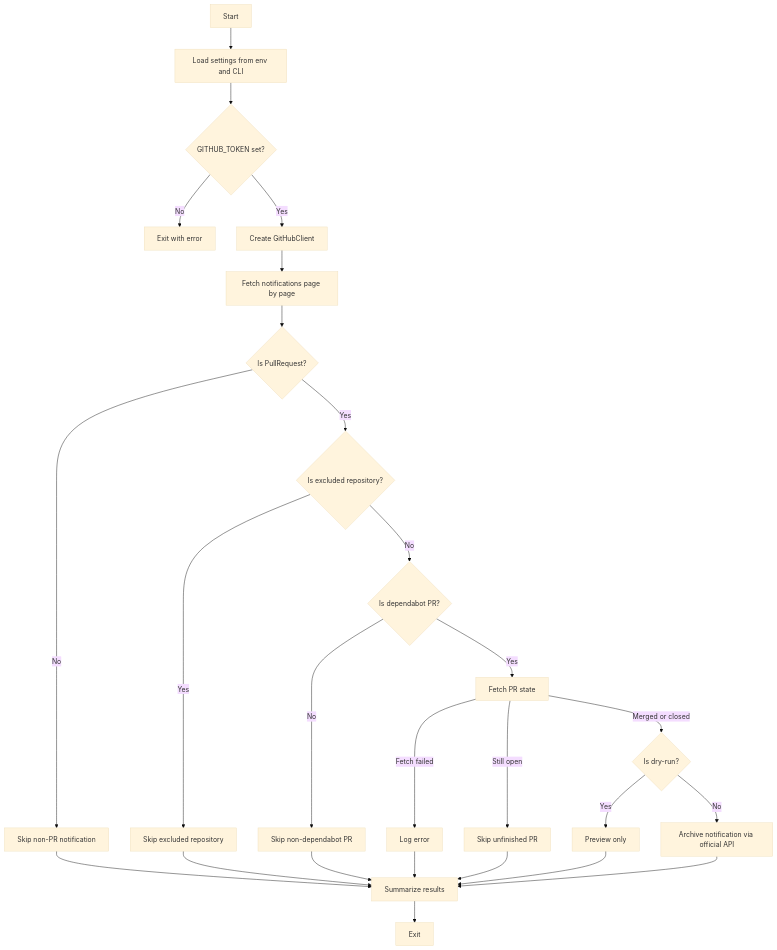
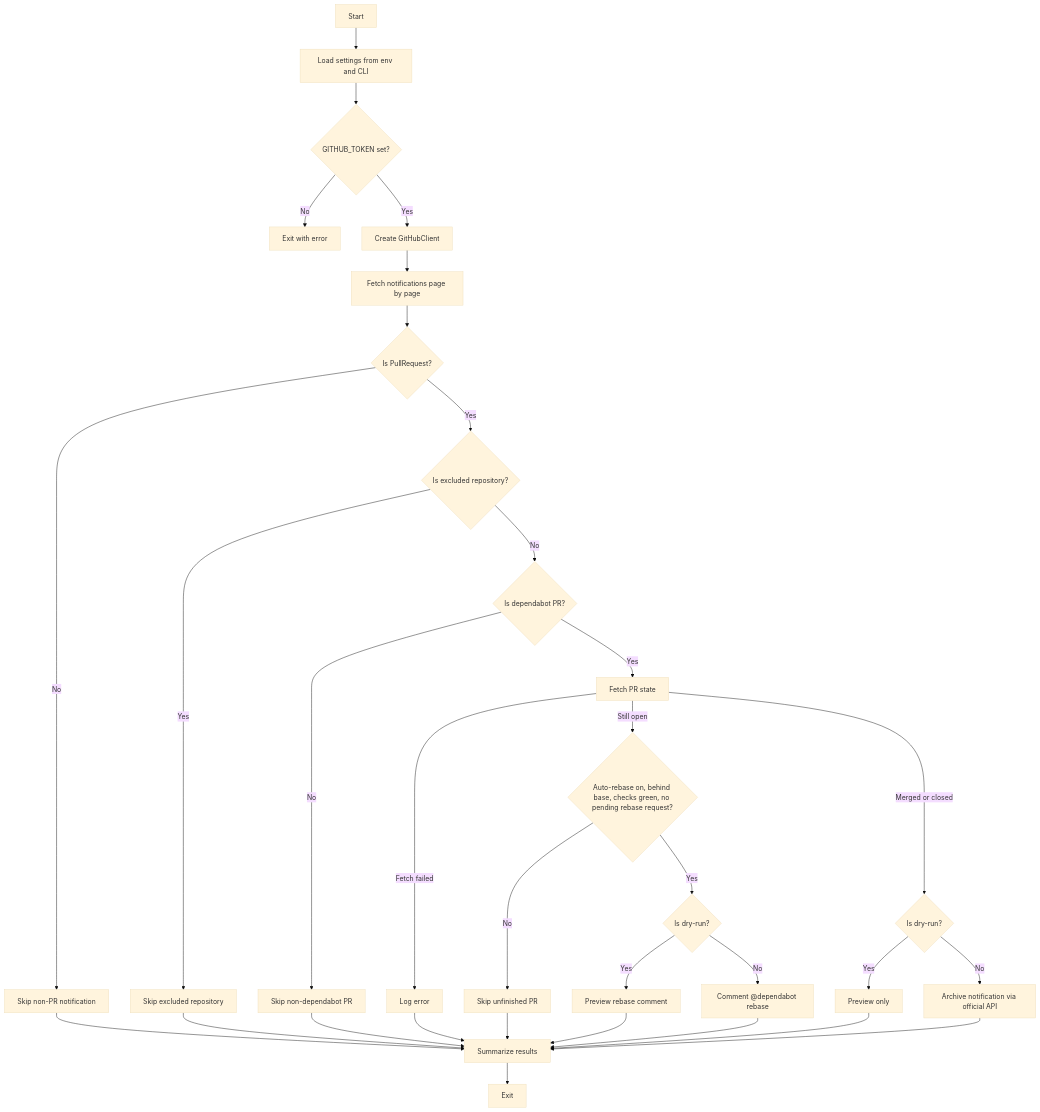
One commit to XenoAmess/github-notification-auto-done-skill changed the diagram in README.md. Above: the diagram before and after it, drawn with Mermaid (base theme). The commit also changed other lines of this file and 11 other files, not shown here.

First line of the commit message:
feat: comment '@dependabot rebase' on behind dependabot PRs with green checks

````diff
--- a/README.md
+++ b/README.md
@@ -32,28 +34,34 @@
 ```mermaid
 flowchart TD
     A[Start] --> B[Load settings from env and CLI]
     B --> C{GITHUB_TOKEN set?}
     C -->|No| D[Exit with error]
     C -->|Yes| E[Create GitHubClient]
     E --> F[Fetch notifications page by page]
     F --> G{Is PullRequest?}
     G -->|No| H[Skip non-PR notification]
     G -->|Yes| I{Is excluded repository?}
     I -->|Yes| J[Skip excluded repository]
     I -->|No| K{Is dependabot PR?}
     K -->|No| L[Skip non-dependabot PR]
     K -->|Yes| M[Fetch PR state]
     M -->|Fetch failed| N[Log error]
-    M -->|Still open| O[Skip unfinished PR]
+    M -->|Still open| OA{"Auto-rebase on, behind base, checks green, no pending rebase request?"}
+    OA -->|No| O[Skip unfinished PR]
+    OA -->|Yes| OB{Is dry-run?}
+    OB -->|Yes| OC[Preview rebase comment]
+    OB -->|No| OD["Comment @dependabot rebase"]
     M -->|Merged or closed| P{Is dry-run?}
     P -->|Yes| Q[Preview only]
     P -->|No| R[Archive notification via official API]
     H --> S[Summarize results]
     J --> S
     L --> S
     N --> S
     O --> S
+    OC --> S
+    OD --> S
     Q --> S
     R --> S
     S --> T[Exit]
 ```
````
